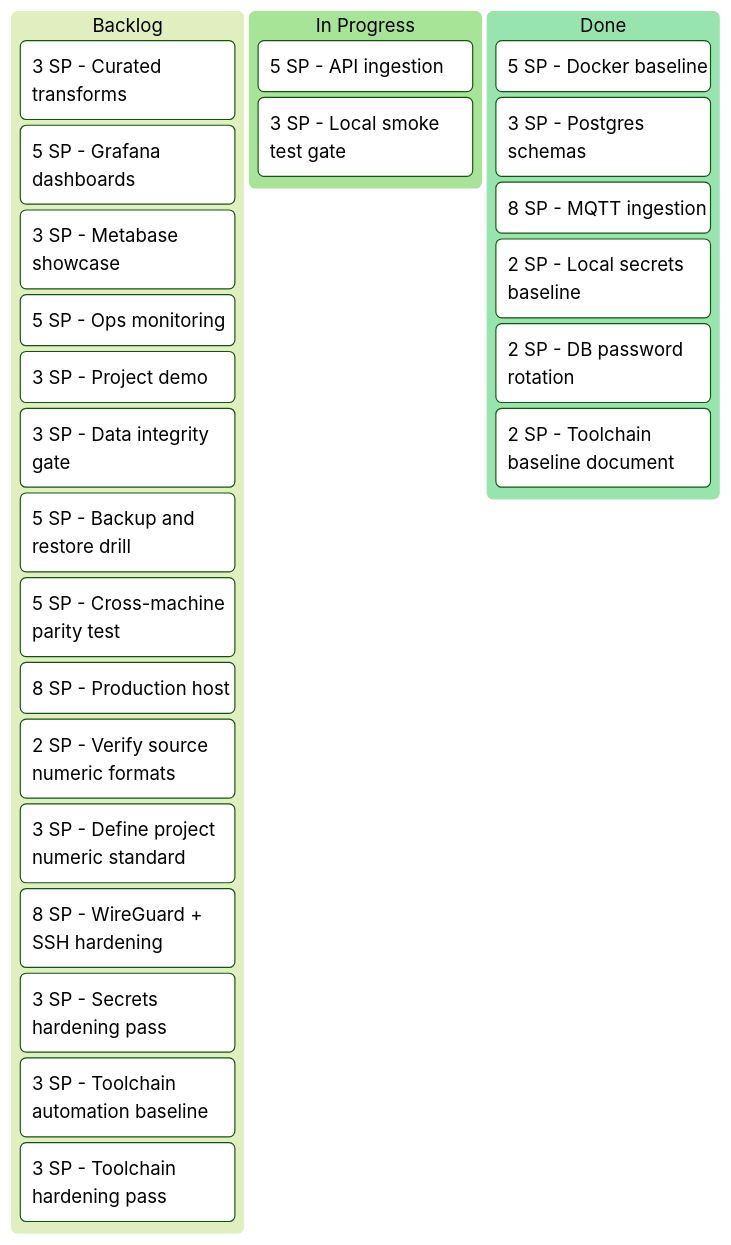
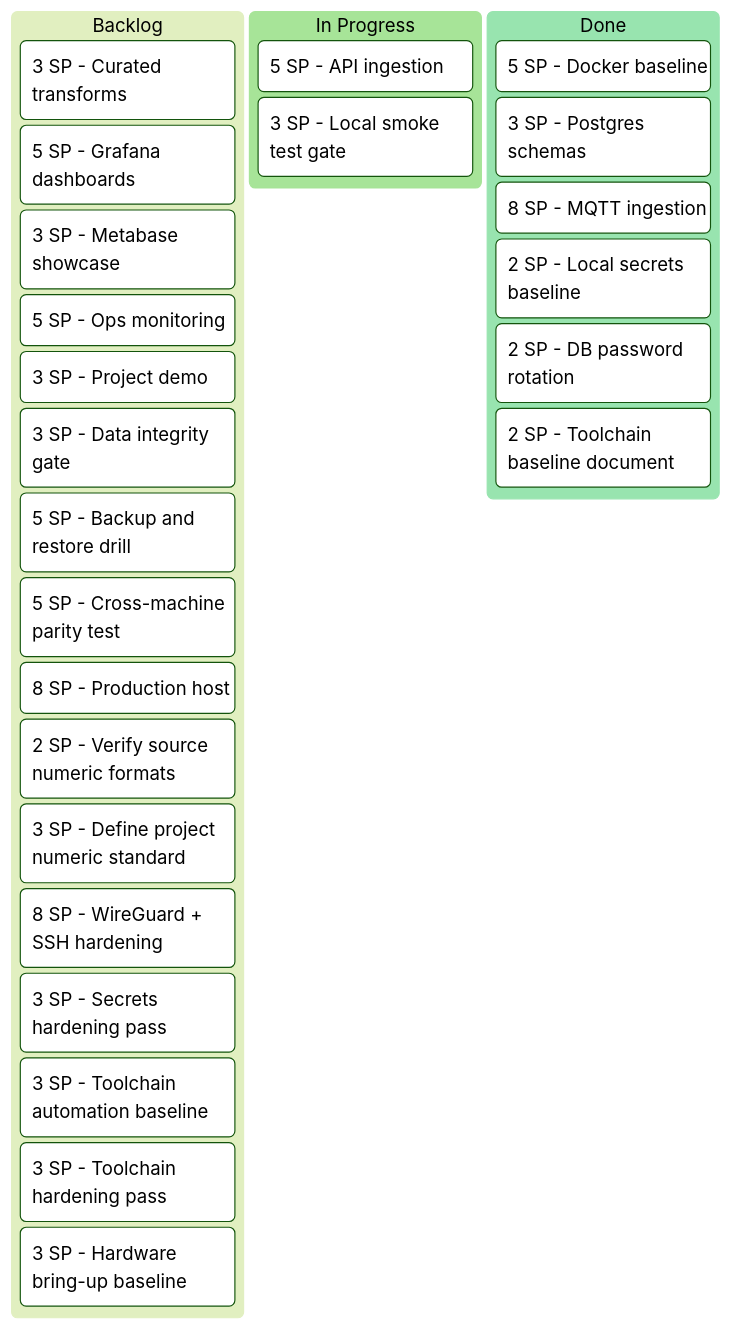
One commit to EnTekLasse/commons-anchor changed the diagram in docs/architecture/diagrams/project-kanban.mmd. Above: the diagram before and after it, drawn with Mermaid (forest theme). The commit also changed 3 other files, not shown here.

```diff
--- a/docs/architecture/diagrams/project-kanban.mmd
+++ b/docs/architecture/diagrams/project-kanban.mmd
@@ -1,50 +1,52 @@
 %% AUTO-GENERATED FROM docs/architecture/diagram-model.json
 kanban
   Backlog
     [3 SP - Curated transforms]
 
     [5 SP - Grafana dashboards]
 
     [3 SP - Metabase showcase]
 
     [5 SP - Ops monitoring]
 
     [3 SP - Project demo]
 
     [3 SP - Data integrity gate]
 
     [5 SP - Backup and restore drill]
 
     [5 SP - Cross-machine parity test]
 
     [8 SP - Production host]
 
     [2 SP - Verify source numeric formats]
 
     [3 SP - Define project numeric standard]
 
     [8 SP - WireGuard + SSH hardening]
 
     [3 SP - Secrets hardening pass]
 
     [3 SP - Toolchain automation baseline]
 
     [3 SP - Toolchain hardening pass]
 
+    [3 SP - Hardware bring-up baseline]
+
   [In Progress]
     [5 SP - API ingestion]
 
     [3 SP - Local smoke test gate]
 
   Done
     [5 SP - Docker baseline]
 
     [3 SP - Postgres schemas]
 
     [8 SP - MQTT ingestion]
 
     [2 SP - Local secrets baseline]
 
     [2 SP - DB password rotation]
 
     [2 SP - Toolchain baseline document]
```
